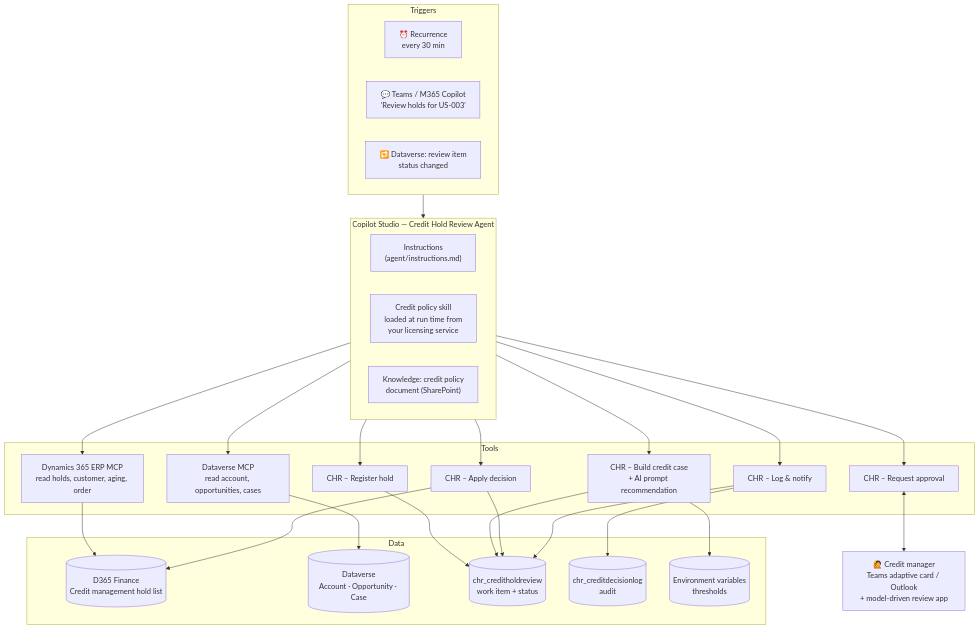
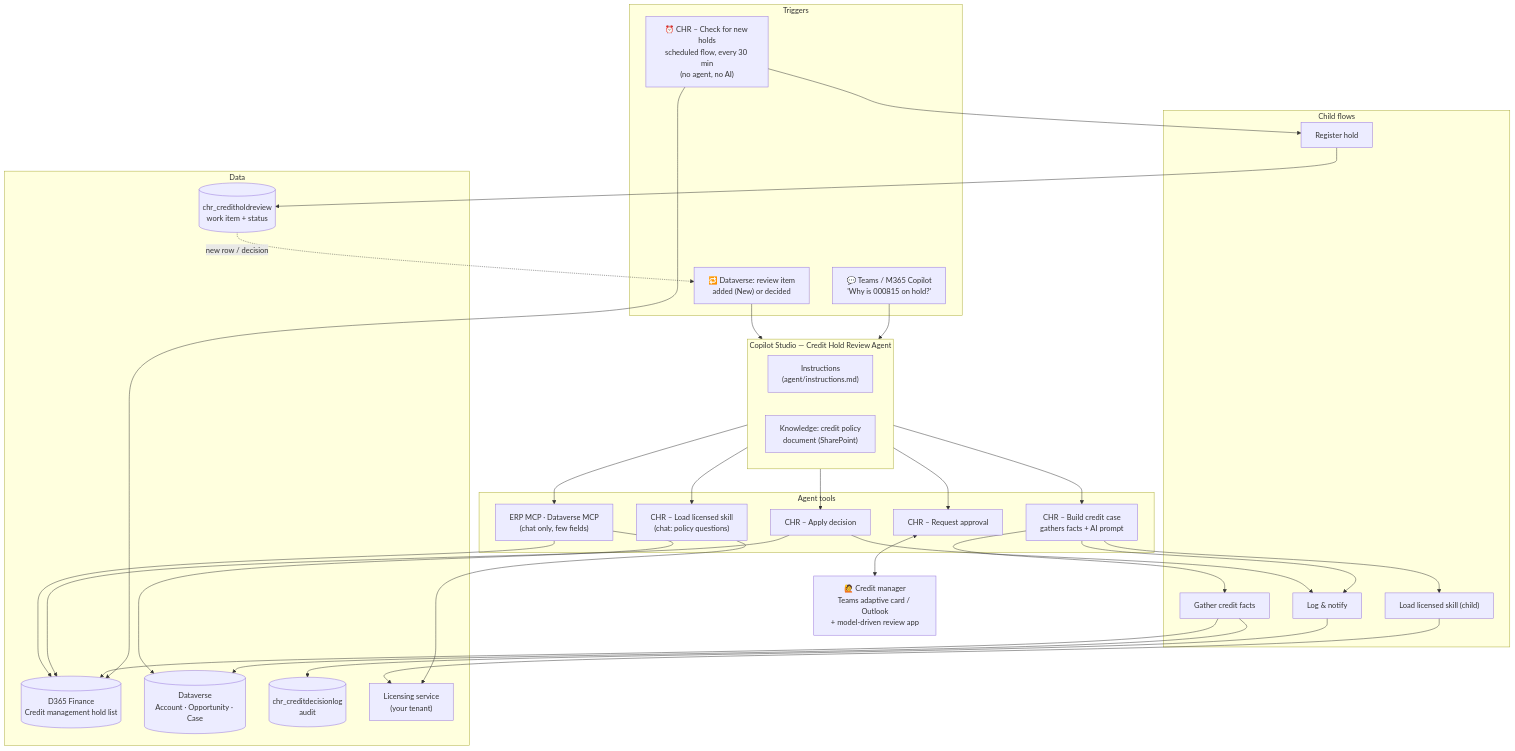
One commit to arvidsto/D365_Agents changed the first of 3 diagrams in samples/credit-hold-review-agent/README.md. Above: the diagram before and after it, drawn with Mermaid. The commit also changed other lines of this file and 38 other files, not shown here.

````diff
--- a/samples/credit-hold-review-agent/README.md
+++ b/samples/credit-hold-review-agent/README.md
@@ -33,44 +35,52 @@
 ```mermaid
 flowchart TB
     subgraph TRG["Triggers"]
-        TR1["⏰ Recurrence<br/>every 30 min"]
-        TR2["💬 Teams / M365 Copilot<br/>'Review holds for US-003'"]
-        TR3["🔁 Dataverse: review item<br/>status changed"]
+        TR1["⏰ CHR – Check for new holds<br/>scheduled flow, every 30 min<br/>(no agent, no AI)"]
+        TR2["💬 Teams / M365 Copilot<br/>'Why is 000815 on hold?'"]
+        TR3["🔁 Dataverse: review item<br/>added (New) or decided"]
     end
 
     subgraph AG["Copilot Studio — Credit Hold Review Agent"]
         INS["Instructions<br/>(agent/instructions.md)"]
-        SKL["Credit policy skill<br/>loaded at run time from<br/>your licensing service"]
         KNW["Knowledge: credit policy<br/>document (SharePoint)"]
     end
 
-    subgraph TLS["Tools"]
-        M1["Dynamics 365 ERP MCP<br/>read holds, customer, aging, order"]
-        M2["Dataverse MCP<br/>read account, opportunities, cases"]
-        F1["CHR – Register hold"]
-        F2["CHR – Build credit case<br/>+ AI prompt recommendation"]
+    subgraph TLS["Agent tools"]
+        F2["CHR – Build credit case<br/>gathers facts + AI prompt"]
         F3["CHR – Request approval"]
         F4["CHR – Apply decision"]
-        F5["CHR – Log & notify"]
+        F6["CHR – Load licensed skill<br/>(chat: policy questions)"]
+        M1["ERP MCP · Dataverse MCP<br/>(chat only, few fields)"]
+    end
+
+    subgraph CH["Child flows"]
+        F1["Register hold"]
+        F7["Gather credit facts"]
+        F8["Load licensed skill (child)"]
+        F5["Log & notify"]
     end
 
     subgraph DATA["Data"]
         FO[("D365 Finance<br/>Credit management hold list")]
         CE[("Dataverse<br/>Account · Opportunity · Case")]
         RV[("chr_creditholdreview<br/>work item + status")]
         AU[("chr_creditdecisionlog<br/>audit")]
-        CFG[("Environment variables<br/>thresholds")]
+        LS["Licensing service<br/>(your tenant)"]
     end
 
     HUM["🙋 Credit manager<br/>Teams adaptive card / Outlook<br/>+ model-driven review app"]
 
-    TRG --> AG
-    AG --> M1 & M2 & F1 & F2 & F3 & F4 & F5
-    M1 --> FO
-    M2 --> CE
-    F1 & F2 & F4 & F5 --> RV
+    TR1 --> F1 --> RV
+    TR1 --> FO
+    RV -. new row / decision .-> TR3
+    TR2 & TR3 --> AG
+    AG --> F2 & F3 & F4 & F6 & M1
+    F2 --> F7 & F8
+    F7 --> FO & CE
+    F6 & F8 --> LS
+    F2 & F4 --> F5
     F5 --> AU
-    F2 --> CFG
     F3 <--> HUM
     F4 --> FO
+    M1 --> FO & CE
 ```
````
